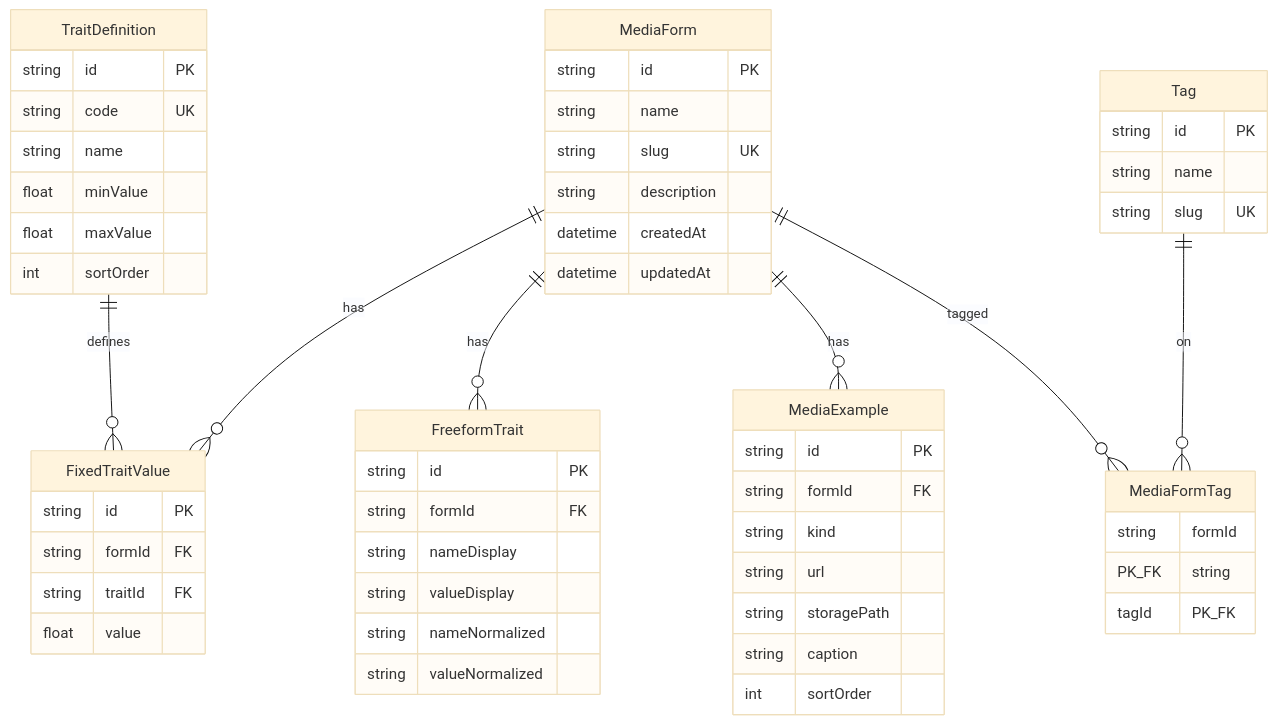
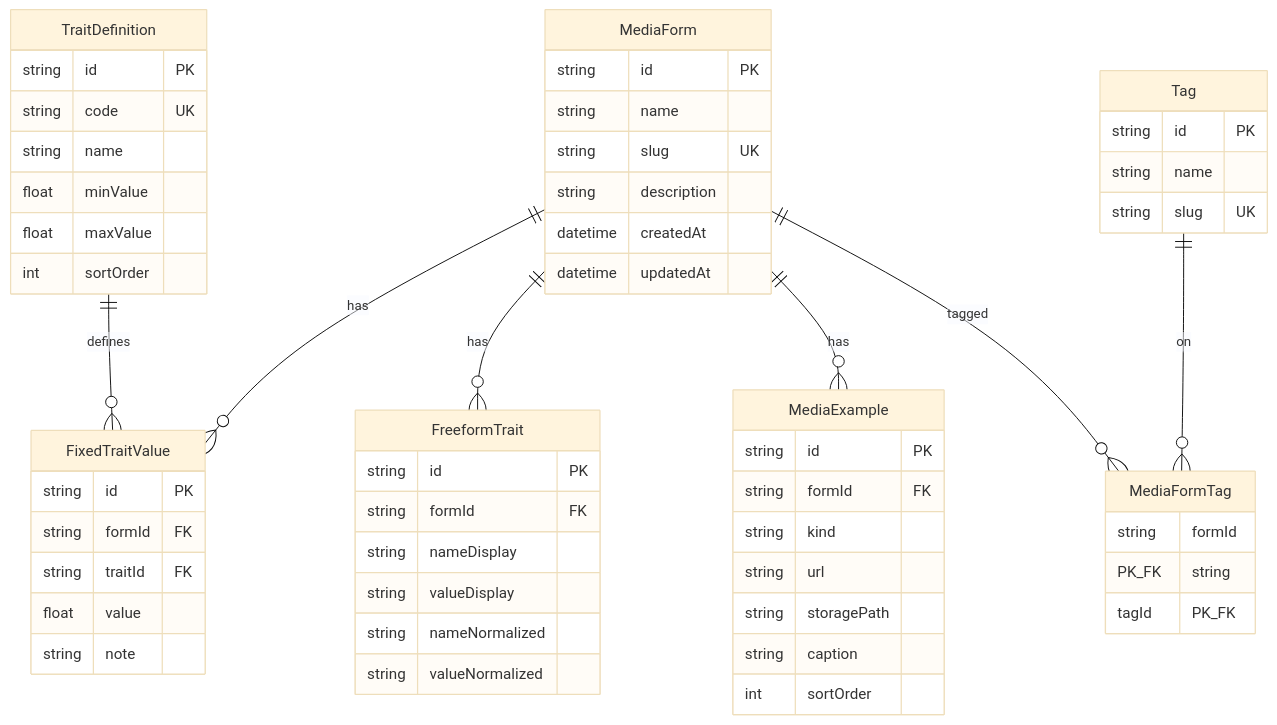
Before and after one commit to Glimpse-Gaze/MediaOctant: the diagram in DATABASE.md, drawn with Mermaid (base theme). The commit also changed other lines of this file and 15 other files, not shown here.

````diff
--- a/DATABASE.md
+++ b/DATABASE.md
@@ -11,64 +11,65 @@
 ```mermaid
 erDiagram
   MediaForm ||--o{ FixedTraitValue : has
   MediaForm ||--o{ FreeformTrait : has
   MediaForm ||--o{ MediaExample : has
   MediaForm ||--o{ MediaFormTag : tagged
   Tag ||--o{ MediaFormTag : on
   TraitDefinition ||--o{ FixedTraitValue : defines
 
   MediaForm {
     string id PK
     string name
     string slug UK
     string description
     datetime createdAt
     datetime updatedAt
   }
 
   Tag {
     string id PK
     string name
     string slug UK
   }
 
   MediaFormTag {
     string formId PK_FK
     string tagId PK_FK
   }
 
   TraitDefinition {
     string id PK
     string code UK
     string name
     float minValue
     float maxValue
     int sortOrder
   }
 
   FixedTraitValue {
     string id PK
     string formId FK
     string traitId FK
     float value
+    string note
   }
 
   FreeformTrait {
     string id PK
     string formId FK
     string nameDisplay
     string valueDisplay
     string nameNormalized
     string valueNormalized
   }
 
   MediaExample {
     string id PK
     string formId FK
     string kind
     string url
     string storagePath
     string caption
     int sortOrder
   }
 ```
````
